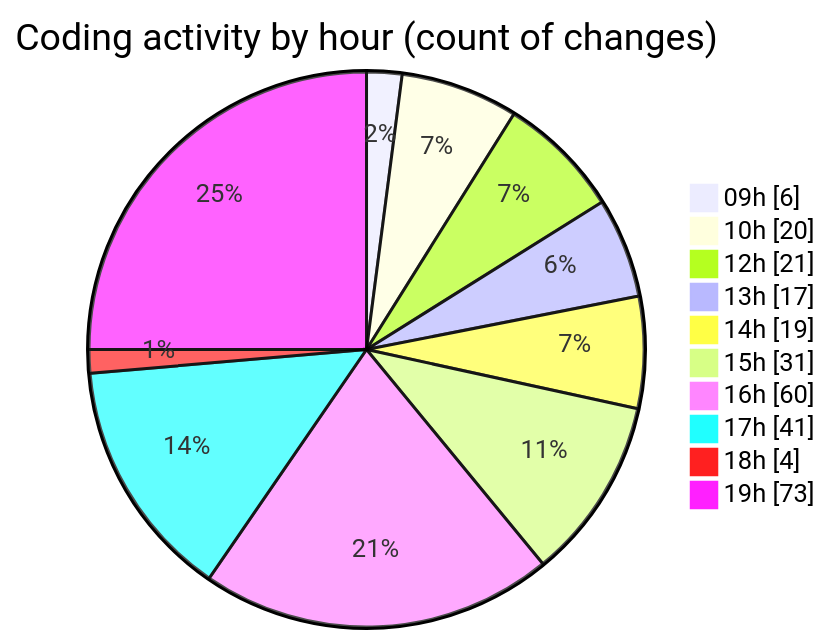
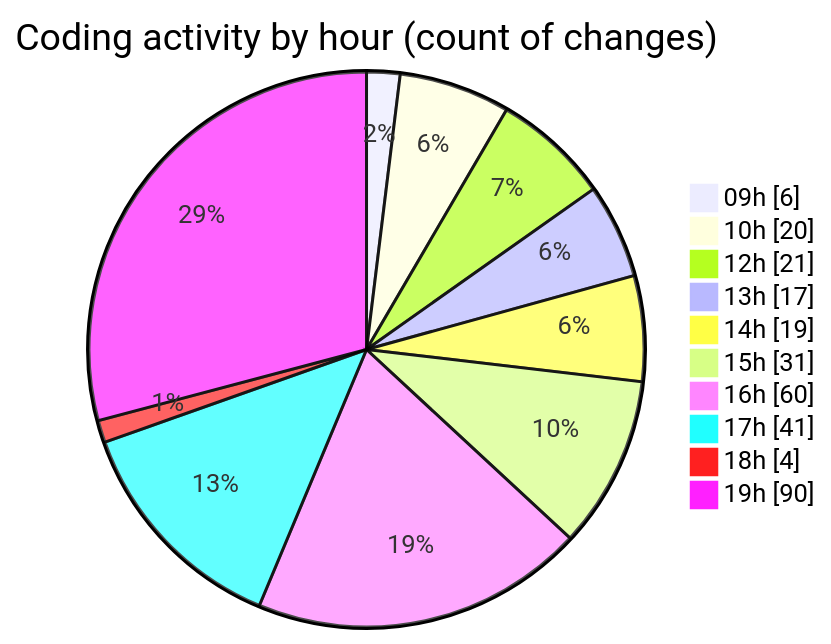
One commit to becaeroporto-bot/code-tracking changed the second of 2 diagrams in 2026-02-18/bot_v1_2/README.md. Above: the diagram before and after it, drawn with Mermaid. The commit also changed other lines of this file and 1 other file, not shown here.

````diff
--- a/2026-02-18/bot_v1_2/README.md
+++ b/2026-02-18/bot_v1_2/README.md
@@ -59,14 +59,14 @@
 ```mermaid
 pie showData
 title Coding activity by hour (count of changes)
 "09h" : 6
 "10h" : 20
 "12h" : 21
 "13h" : 17
 "14h" : 19
 "15h" : 31
 "16h" : 60
 "17h" : 41
 "18h" : 4
-"19h" : 73
+"19h" : 90
 ```
````
